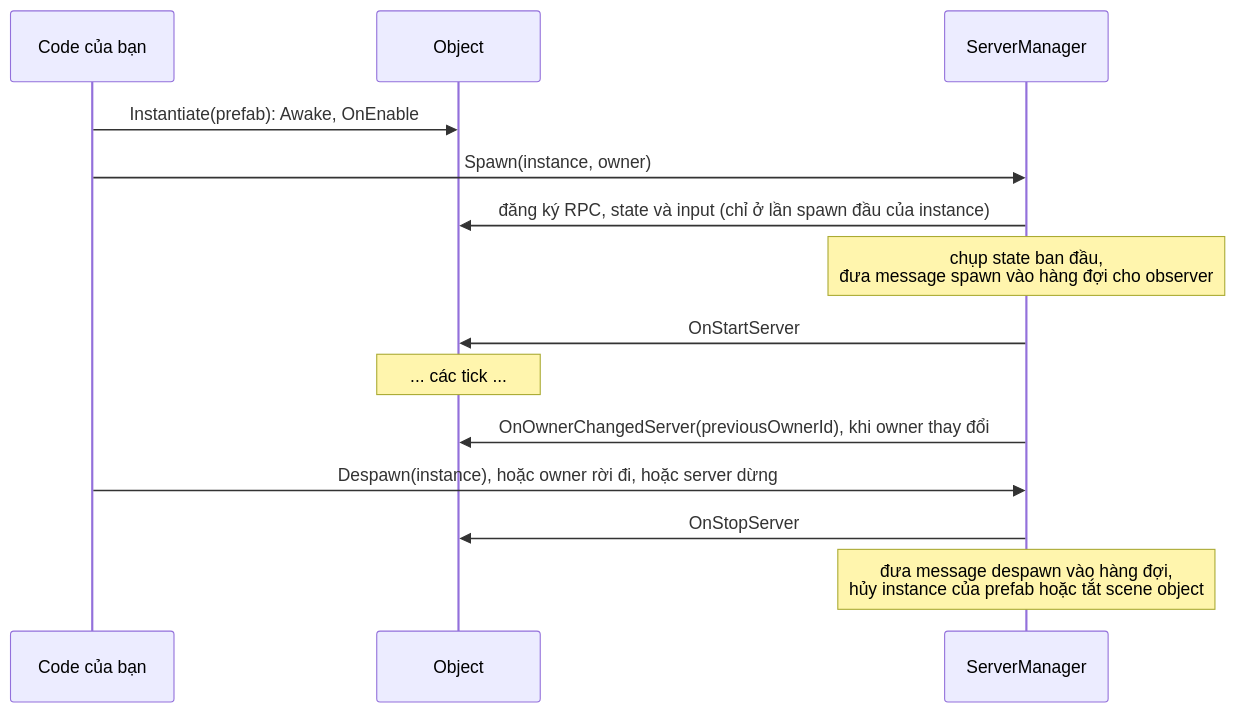
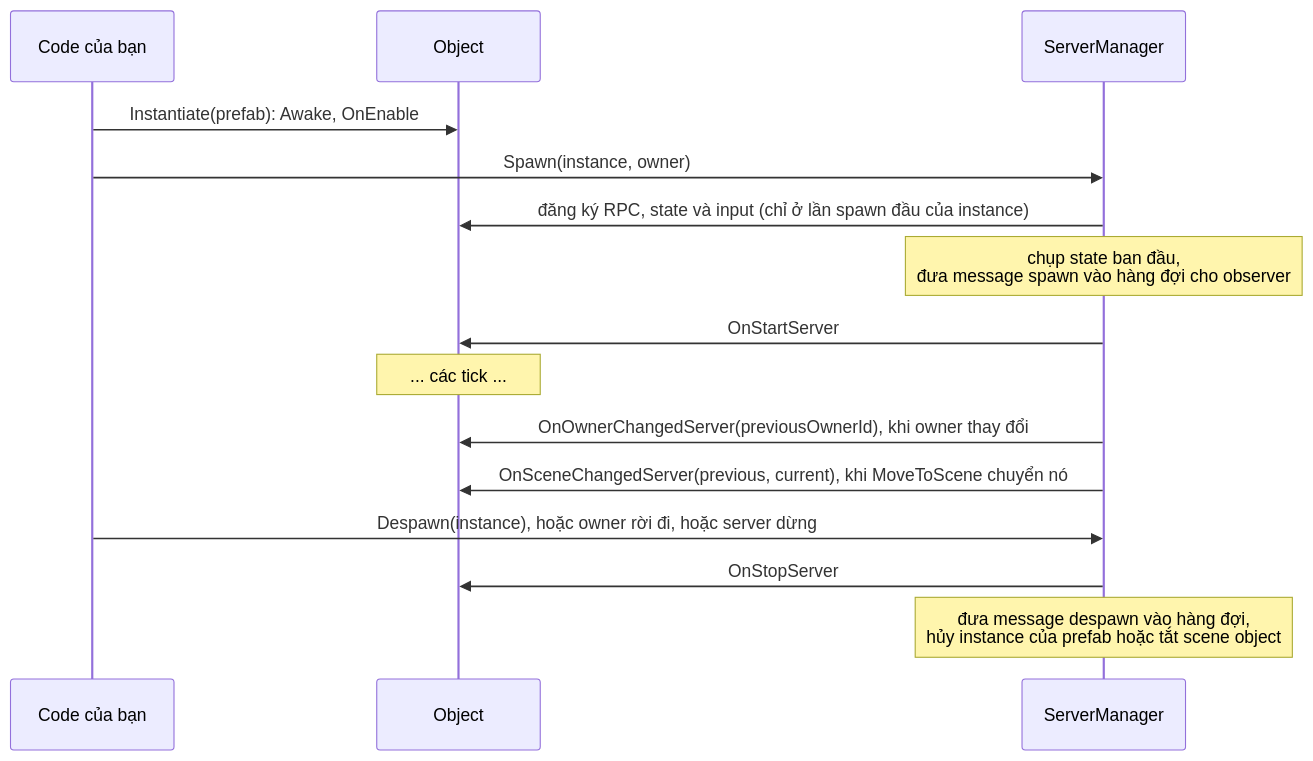
Before and after one commit to fomoxa/unity-docs: the third of 4 diagrams in vi/concepts/lifecycle.md, drawn with Mermaid. The commit also changed other lines of this file and 27 other files, not shown here.

Commit message:
Move spawned objects between scene instances with MoveToScene

````diff
--- a/vi/concepts/lifecycle.md
+++ b/vi/concepts/lifecycle.md
@@ -60,16 +60,17 @@
 ```mermaid
 sequenceDiagram
     participant Code as Code của bạn
     participant Obj as Object
     participant SM as ServerManager
     Code->>Obj: Instantiate(prefab): Awake, OnEnable
     Code->>SM: Spawn(instance, owner)
     SM->>Obj: đăng ký RPC, state và input (chỉ ở lần spawn đầu của instance)
     Note over SM: chụp state ban đầu,<br/>đưa message spawn vào hàng đợi cho observer
     SM->>Obj: OnStartServer
     Note over Obj: ... các tick ...
     SM->>Obj: OnOwnerChangedServer(previousOwnerId), khi owner thay đổi
+    SM->>Obj: OnSceneChangedServer(previous, current), khi MoveToScene chuyển nó
     Code->>SM: Despawn(instance), hoặc owner rời đi, hoặc server dừng
     SM->>Obj: OnStopServer
     Note over SM: đưa message despawn vào hàng đợi,<br/>hủy instance của prefab hoặc tắt scene object
 ```
````
